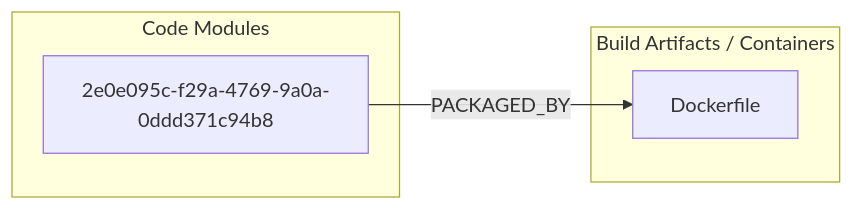
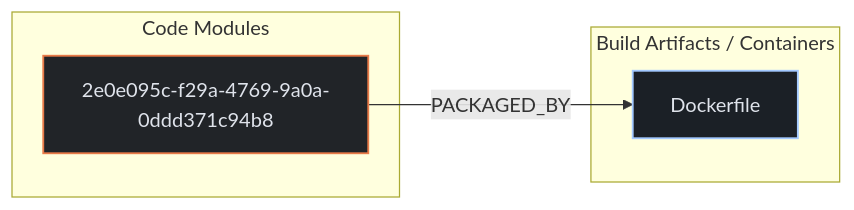
The second of 3 diagrams in exports/latest/reports/hamvocke-spring-testing-report.md (kumarshaz/atruss-code-atlas), drawn with Mermaid before and after one commit. The commit also changed other lines of this file and 331 other files, not shown here.

Commit message:
docs,ui,fix: update SDLC docs, reorder CI/CD DAG first, stylize Mermaid, and fix Arc42 pipeline topology

````diff
--- a/exports/latest/reports/hamvocke-spring-testing-report.md
+++ b/exports/latest/reports/hamvocke-spring-testing-report.md
@@ -92,10 +99,14 @@
 ```mermaid
 flowchart LR
+    classDef atlasCategory fill:#212428,stroke:#E87A48,stroke-width:1.5px,color:#dfe3eb
+    classDef atlasWorkflow fill:#1b2026,stroke:#a3c9ff,stroke-width:1.5px,color:#dfe3eb
+    classDef atlasJob fill:#171c22,stroke:#8d9199,stroke-width:1px,color:#dfe3eb
+    classDef atlasTarget fill:#005227,stroke:#8bd99b,stroke-width:1.5px,color:#a7f6b6
     subgraph code_modules["Code Modules"]
-        mod_2e0e095c_f29a_4769_9a0a_0ddd371c94b8["2e0e095c-f29a-4769-9a0a-0ddd371c94b8"]
+        mod_2e0e095c_f29a_4769_9a0a_0ddd371c94b8["2e0e095c-f29a-4769-9a0a-0ddd371c94b8"]:::atlasCategory
     end
     subgraph build_artifacts["Build Artifacts / Containers"]
-        art_Dockerfile["Dockerfile"]
+        art_Dockerfile["Dockerfile"]:::atlasWorkflow
     end
     mod_2e0e095c_f29a_4769_9a0a_0ddd371c94b8 -->|PACKAGED_BY| art_Dockerfile
 ```
````
